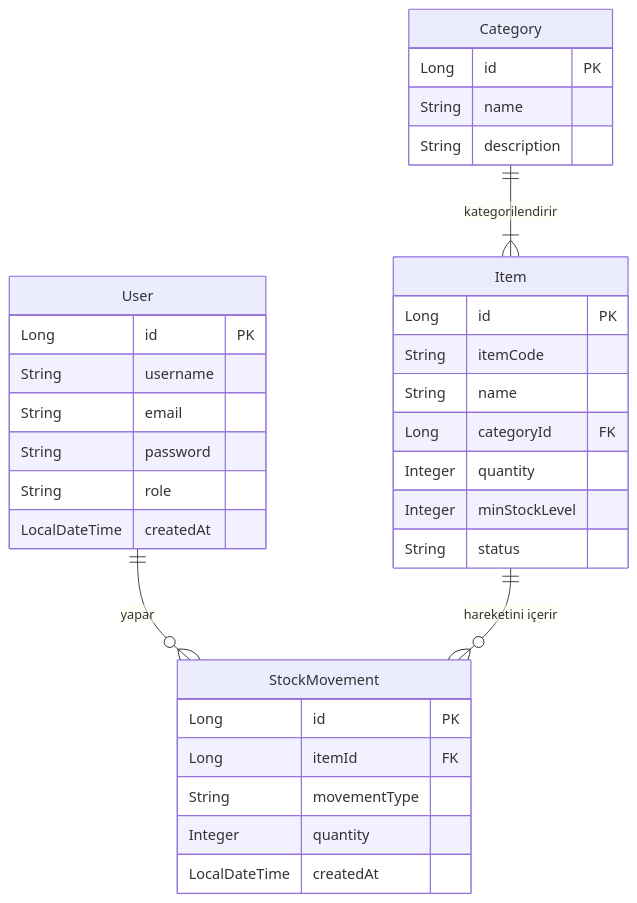
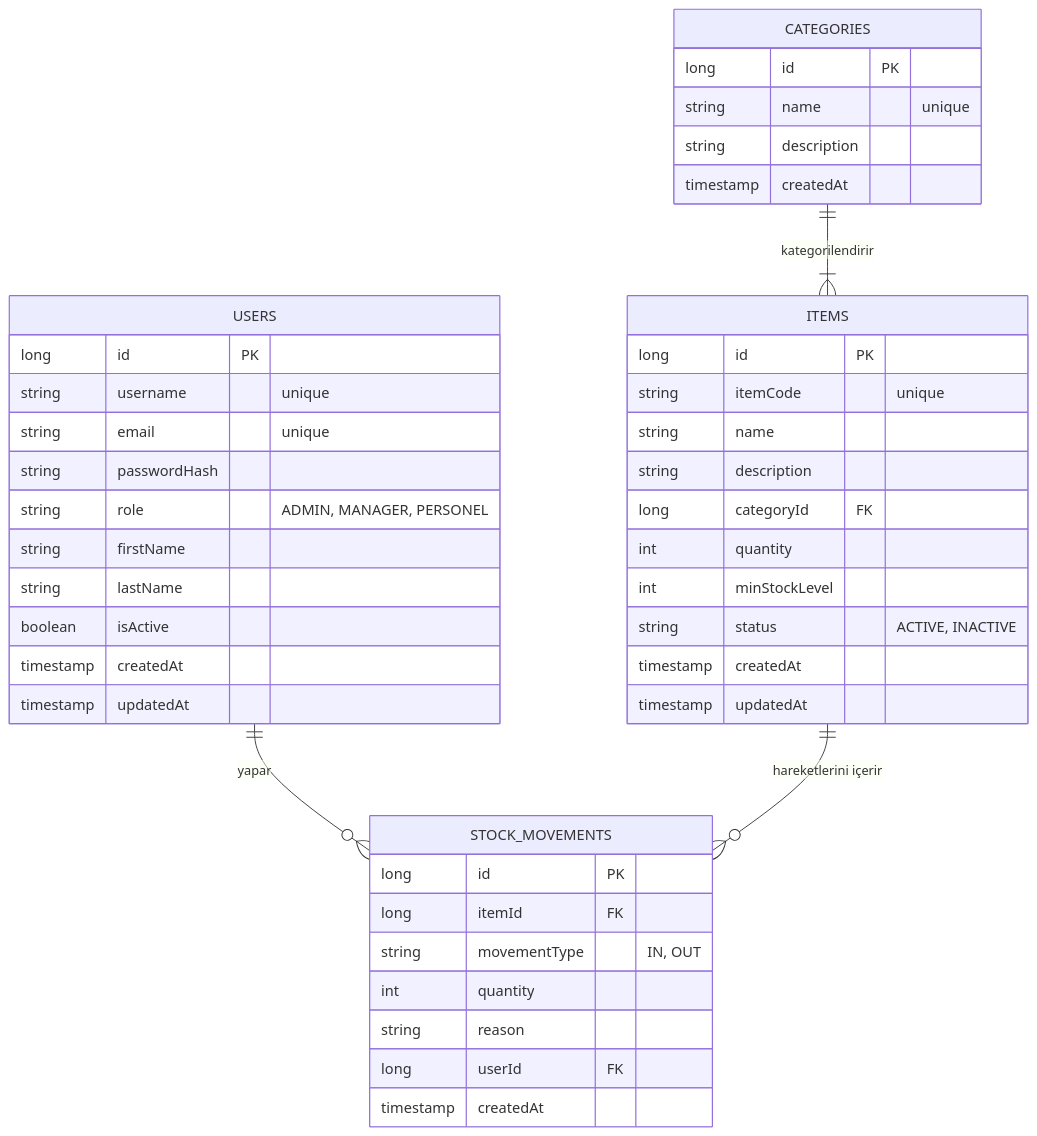
Before and after one commit to EfekanDemir/Inventory_System: the second of 5 diagrams in README.md, drawn with Mermaid. The commit also changed other lines of this file and 436 other files, not shown here.

Commit message:
feat: implement UserService logic and add StockMovementService unit tests

````diff
--- a/README.md
+++ b/README.md
@@ -97,39 +97,49 @@
 ```mermaid
 erDiagram
-    User ||--o{ StockMovement : "yapar"
-    Item ||--o{ StockMovement : "hareketini içerir"
-    Category ||--|{ Item : "kategorilendirir"
+    USERS ||--o{ STOCK_MOVEMENTS : "yapar"
+    CATEGORIES ||--|{ ITEMS : "kategorilendirir"
+    ITEMS ||--o{ STOCK_MOVEMENTS : "hareketlerini içerir"
 
-    User {
-        Long id PK
-        String username
-        String email
-        String password
-        String role
-        LocalDateTime createdAt
+    USERS {
+        long id PK
+        string username "unique"
+        string email "unique"
+        string passwordHash
+        string role "ADMIN, MANAGER, PERSONEL"
+        string firstName
+        string lastName
+        boolean isActive
+        timestamp createdAt
+        timestamp updatedAt
     }
 
-    Item {
-        Long id PK
-        String itemCode
-        String name
-        Long categoryId FK
-        Integer quantity
-        Integer minStockLevel
-        String status
+    CATEGORIES {
+        long id PK
+        string name "unique"
+        string description
+        timestamp createdAt
     }
 
-    Category {
-        Long id PK
-        String name
-        String description
+    ITEMS {
+        long id PK
+        string itemCode "unique"
+        string name
+        string description
+        long categoryId FK
+        int quantity
+        int minStockLevel
+        string status "ACTIVE, INACTIVE"
+        timestamp createdAt
+        timestamp updatedAt
     }
 
-    StockMovement {
-        Long id PK
-        Long itemId FK
-        String movementType
-        Integer quantity
-        LocalDateTime createdAt
+    STOCK_MOVEMENTS {
+        long id PK
+        long itemId FK
+        string movementType "IN, OUT"
+        int quantity
+        string reason
+        long userId FK
+        timestamp createdAt
     }
 ```
````
